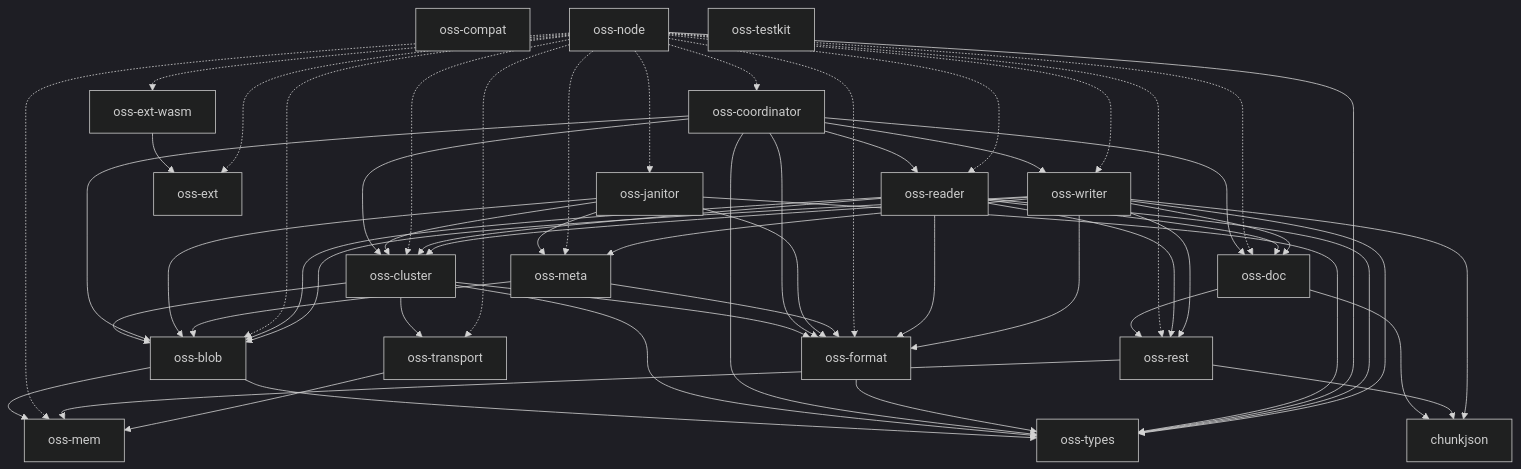
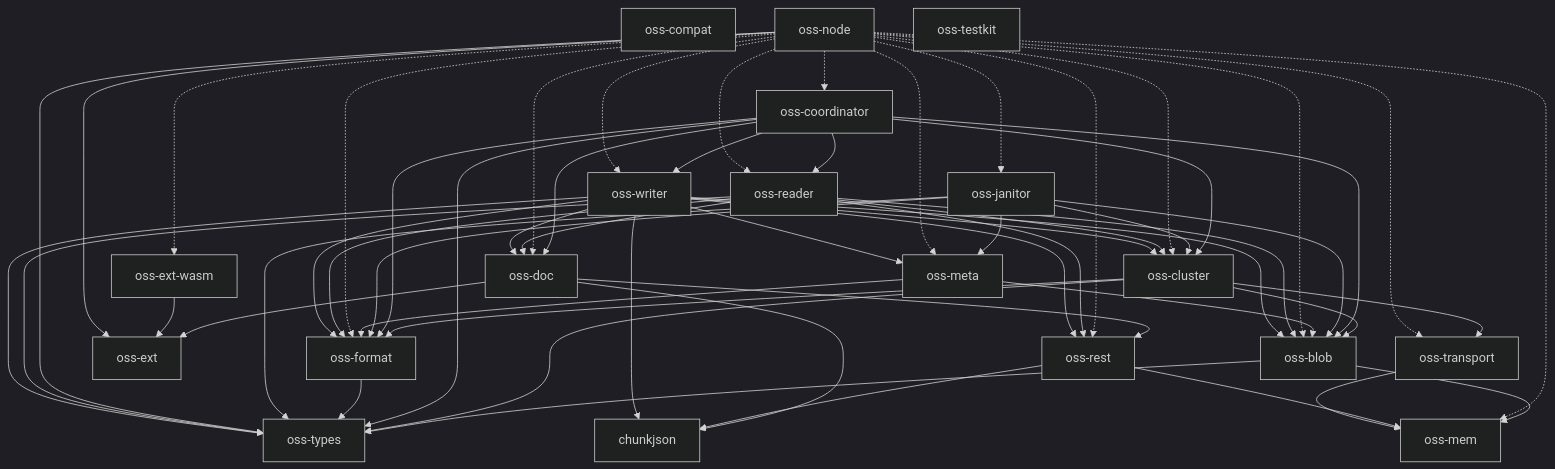
One commit to huyz0/opensearch-serverless changed the diagram in docs/architecture.md. Above: the diagram before and after it, drawn with Mermaid (dark theme). The commit also changed 27 other files, not shown here.

````diff
--- a/docs/architecture.md
+++ b/docs/architecture.md
@@ -10,65 +10,66 @@
 ```mermaid
 graph TD
     chunkjson
     oss-blob --> oss-mem
     oss-blob --> oss-types
     oss-cluster --> oss-blob
     oss-cluster --> oss-format
     oss-cluster --> oss-transport
     oss-cluster --> oss-types
     oss-compat
     oss-coordinator --> oss-blob
     oss-coordinator --> oss-cluster
     oss-coordinator --> oss-doc
     oss-coordinator --> oss-format
     oss-coordinator --> oss-reader
     oss-coordinator --> oss-types
     oss-coordinator --> oss-writer
     oss-doc --> chunkjson
+    oss-doc --> oss-ext
     oss-doc --> oss-rest
     oss-ext
     oss-ext-wasm --> oss-ext
     oss-format --> oss-types
     oss-janitor --> oss-blob
     oss-janitor --> oss-cluster
     oss-janitor --> oss-format
     oss-janitor --> oss-meta
     oss-janitor --> oss-types
     oss-mem
     oss-meta --> oss-blob
     oss-meta --> oss-format
     oss-node -.-> oss-blob
     oss-node -.-> oss-cluster
     oss-node -.-> oss-coordinator
     oss-node -.-> oss-doc
-    oss-node -.-> oss-ext
+    oss-node --> oss-ext
     oss-node -.-> oss-ext-wasm
     oss-node -.-> oss-format
     oss-node -.-> oss-janitor
     oss-node -.-> oss-mem
     oss-node -.-> oss-meta
     oss-node -.-> oss-reader
     oss-node -.-> oss-rest
     oss-node -.-> oss-transport
     oss-node --> oss-types
     oss-node -.-> oss-writer
     oss-reader --> oss-blob
     oss-reader --> oss-cluster
     oss-reader --> oss-doc
     oss-reader --> oss-format
     oss-reader --> oss-rest
     oss-reader --> oss-types
     oss-rest --> chunkjson
     oss-rest --> oss-mem
     oss-testkit
     oss-transport --> oss-mem
     oss-types
     oss-writer --> chunkjson
     oss-writer --> oss-blob
     oss-writer --> oss-cluster
     oss-writer --> oss-doc
     oss-writer --> oss-format
     oss-writer --> oss-meta
     oss-writer --> oss-rest
     oss-writer --> oss-types
 ```
````
